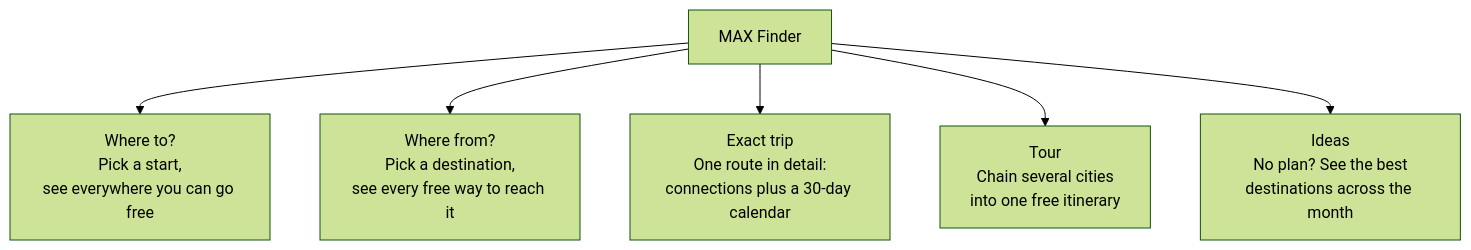
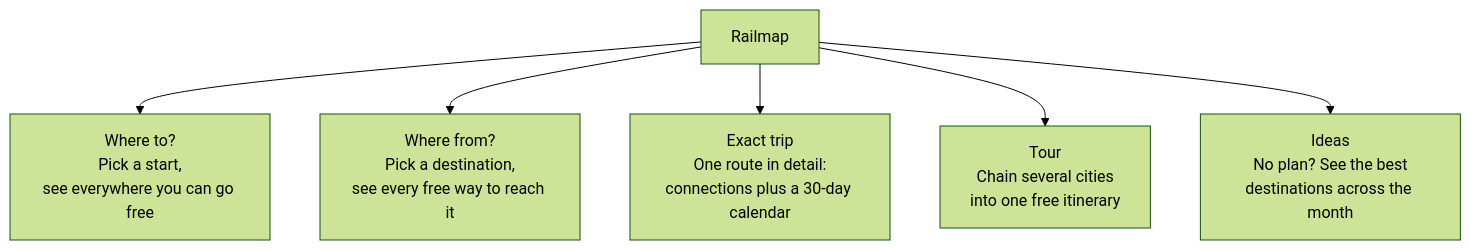
The fourth of 4 diagrams in docs/how-it-works.md (offware-apps/MAX-Finder), drawn with Mermaid (forest theme) before and after one commit. The commit also changed other lines of this file and 44 other files, not shown here.

````diff
--- a/docs/how-it-works.md
+++ b/docs/how-it-works.md
@@ -83,8 +83,8 @@
 ```mermaid
 flowchart TD
-  H["MAX Finder"] --> A["Where to?<br/>Pick a start,<br/>see everywhere you can go free"]
+  H["Railmap"] --> A["Where to?<br/>Pick a start,<br/>see everywhere you can go free"]
   H --> B["Where from?<br/>Pick a destination,<br/>see every free way to reach it"]
   H --> C["Exact trip<br/>One route in detail:<br/>connections plus a 30-day calendar"]
   H --> D["Tour<br/>Chain several cities<br/>into one free itinerary"]
   H --> E["Ideas<br/>No plan? See the best<br/>destinations across the month"]
 ```
````
